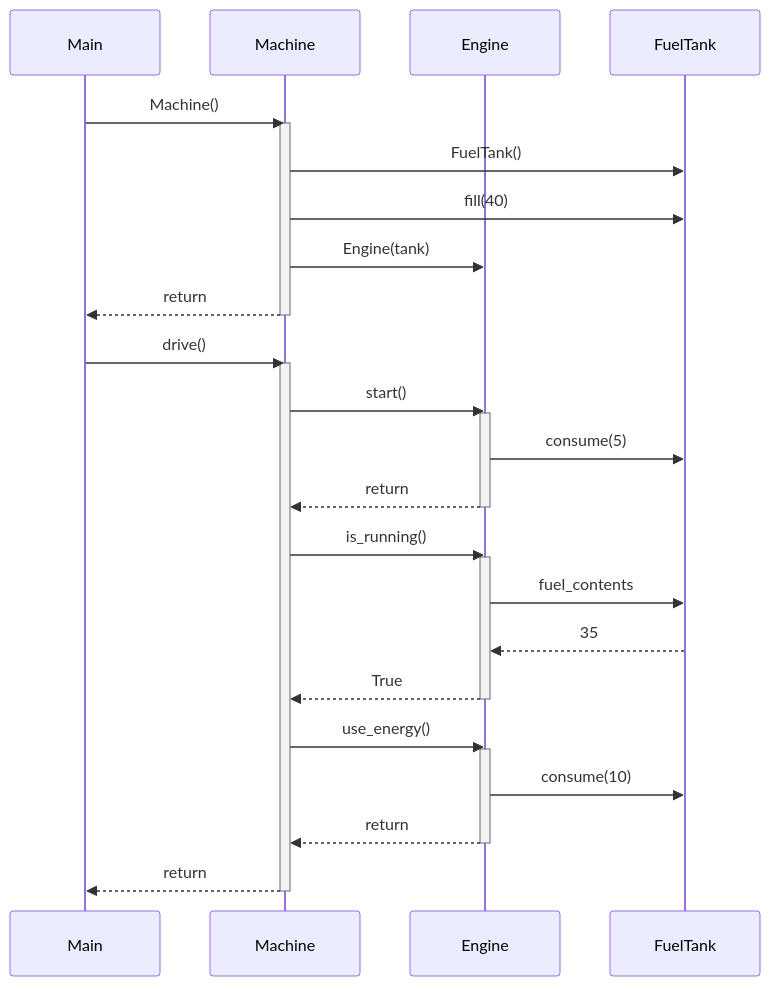
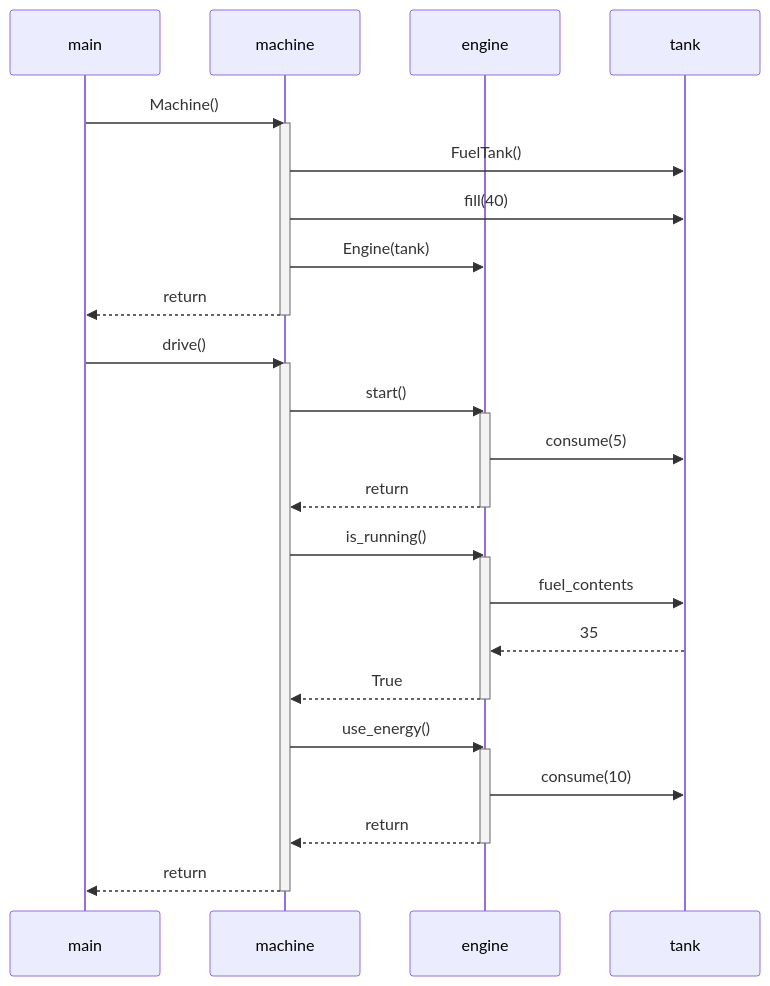
One commit to ArtturiV/ot-harjoitustyo changed the diagram in laskarit/viikko3/machine.md. Above: the diagram before and after it, drawn with Mermaid.

Commit message:
machine.md muutettu olioiden nimet

````diff
--- a/laskarit/viikko3/machine.md
+++ b/laskarit/viikko3/machine.md
@@ -1,35 +1,35 @@
 ```mermaid
  sequenceDiagram
-	participant mn as Main
-	participant mc as Machine
-	participant e as Engine
-	participant f as FuelTank
+	participant mn as main
+	participant mc as machine
+	participant e as engine
+	participant f as tank
 
 	mn->>mc: Machine()
 	activate mc
 	mc->>f: FuelTank()
 	mc->>f: fill(40)
 	mc->>e: Engine(tank)
 	mc-->>mn: return
 	deactivate mc
 	mn->>mc: drive()
 	activate mc
 	mc->>e: start()
 	activate e
 	e->>f: consume(5)
 	e-->>mc: return
 	deactivate e
 	mc->>e: is_running()
 	activate e
 	e->>f: fuel_contents
 	f-->>e: 35
 	e-->>mc: True
 	deactivate e
 	mc->>e: use_energy()
 	activate e
 	e->>f: consume(10)
 	e-->>mc: return
 	deactivate e
 	mc-->>mn: return
 	deactivate mc	
 ```
````
